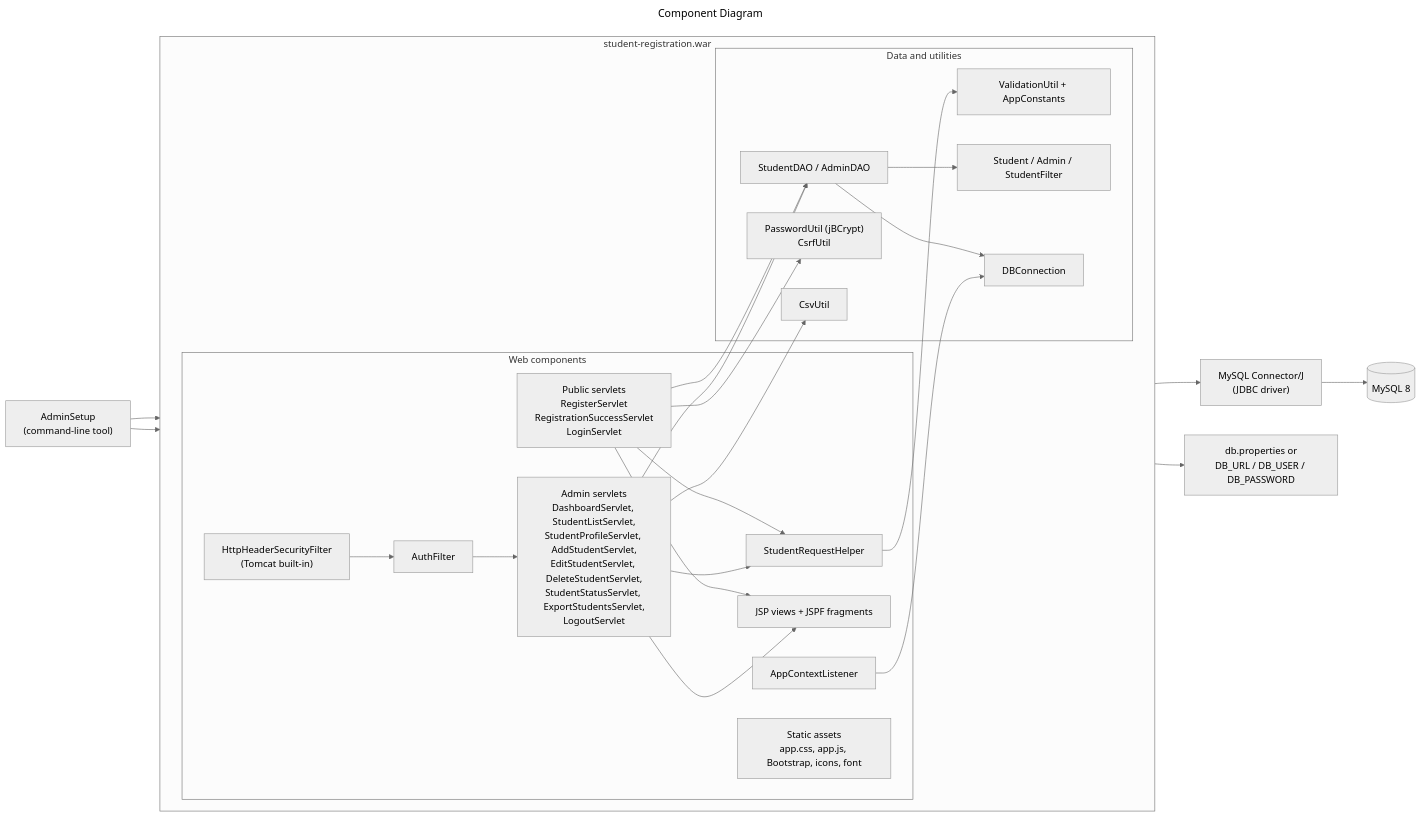
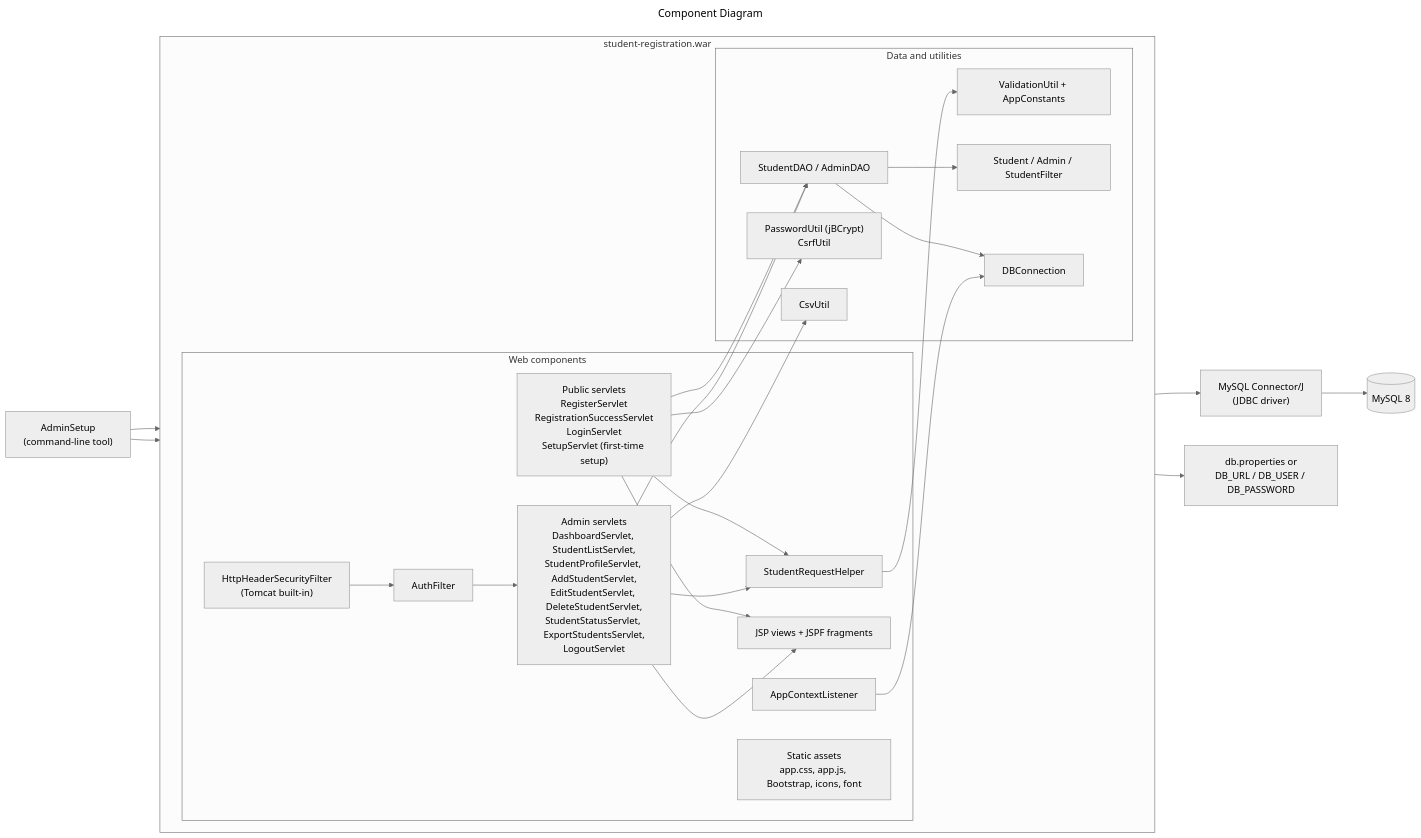
Before and after one commit to Nikhilnmv/PBLJ-Student_Management_System: the diagram in docs/diagrams/component-diagram.mmd, drawn with Mermaid (neutral theme). The commit also changed 30 other files, not shown here.

```diff
--- a/docs/diagrams/component-diagram.mmd
+++ b/docs/diagrams/component-diagram.mmd
@@ -1,47 +1,47 @@
 ---
 title: Component Diagram
 ---
 flowchart LR
     subgraph WebApp["student-registration.war"]
         direction LR
         subgraph Web["Web components"]
             LIS["AppContextListener"]
             AF["AuthFilter"]
             HSF["HttpHeaderSecurityFilter<br/>(Tomcat built-in)"]
-            PUB["Public servlets<br/>RegisterServlet<br/>RegistrationSuccessServlet<br/>LoginServlet"]
+            PUB["Public servlets<br/>RegisterServlet<br/>RegistrationSuccessServlet<br/>LoginServlet<br/>SetupServlet (first-time setup)"]
             ADM["Admin servlets<br/>DashboardServlet, StudentListServlet,<br/>StudentProfileServlet, AddStudentServlet,<br/>EditStudentServlet, DeleteStudentServlet,<br/>StudentStatusServlet, ExportStudentsServlet,<br/>LogoutServlet"]
             HLP["StudentRequestHelper"]
             JSP["JSP views + JSPF fragments"]
             STATIC["Static assets<br/>app.css, app.js, Bootstrap, icons, font"]
         end
         subgraph Logic["Data and utilities"]
             DAO["StudentDAO / AdminDAO"]
             MOD["Student / Admin / StudentFilter"]
             VAL["ValidationUtil + AppConstants"]
             SEC["PasswordUtil (jBCrypt)<br/>CsrfUtil"]
             CSV["CsvUtil"]
             DBC["DBConnection"]
         end
     end
     TOOL["AdminSetup<br/>(command-line tool)"]
     DRV["MySQL Connector/J<br/>(JDBC driver)"]
     MYSQL[("MySQL 8")]
     CFG["db.properties or<br/>DB_URL / DB_USER / DB_PASSWORD"]
 
     HSF --> AF --> ADM
     PUB --> HLP
     ADM --> HLP
     HLP --> VAL
     PUB --> DAO
     ADM --> DAO
     PUB --> SEC
     ADM --> CSV
     PUB --> JSP
     ADM --> JSP
     DAO --> MOD
     DAO --> DBC
     TOOL --> DAO
     TOOL --> SEC
     LIS --> DBC
     DBC --> CFG
     DBC --> DRV --> MYSQL
```
